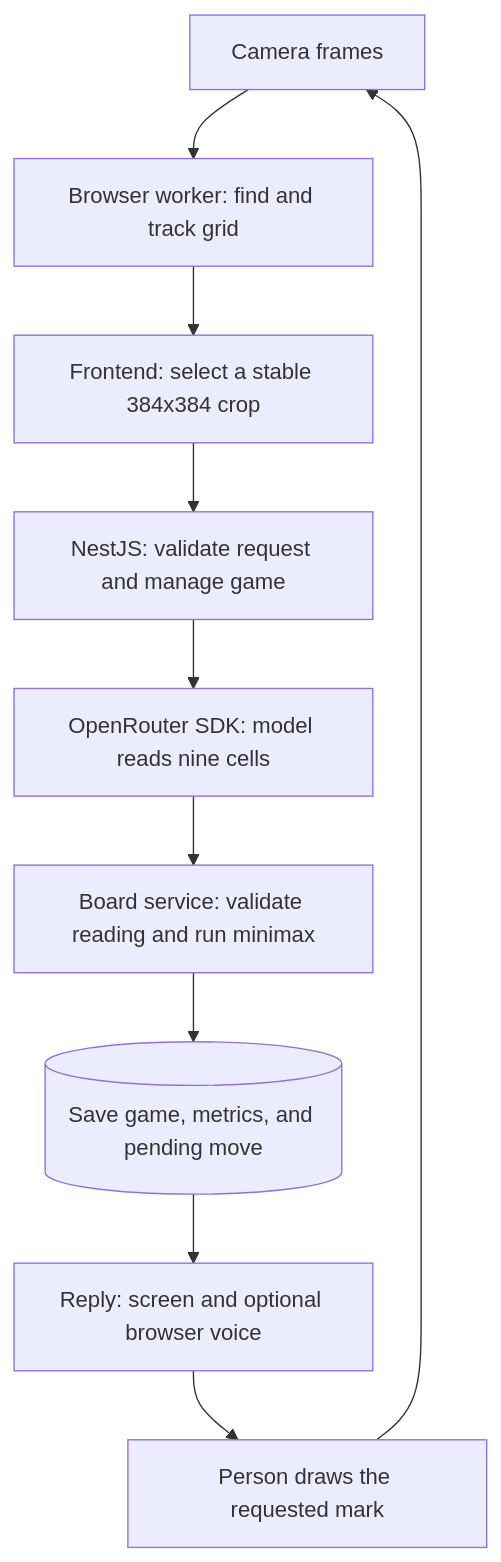
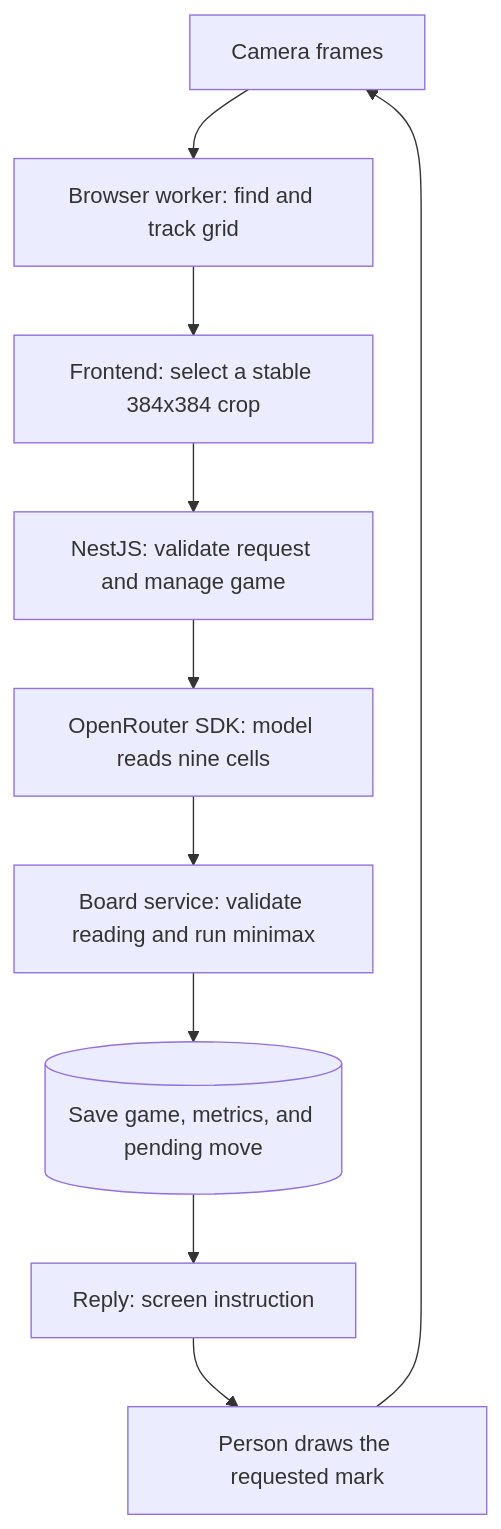
One commit to nitaiaharoni1/vistral-assignment changed the first of 6 diagrams in docs/architecture.md. Above: the diagram before and after it, drawn with Mermaid. The commit also changed other lines of this file and 13 other files, not shown here.

````diff
--- a/docs/architecture.md
+++ b/docs/architecture.md
@@ -13,12 +13,12 @@
 ```mermaid
 flowchart TB
   Camera["Camera frames"] --> Worker["Browser worker: find and track grid"]
   Worker --> Client["Frontend: select a stable 384x384 crop"]
   Client --> API["NestJS: validate request and manage game"]
   API --> Reader["OpenRouter SDK: model reads nine cells"]
   Reader --> Board["Board service: validate reading and run minimax"]
   Board --> Save[("Save game, metrics, and pending move")]
-  Save --> Reply["Reply: screen and optional browser voice"]
+  Save --> Reply["Reply: screen instruction"]
   Reply --> Human["Person draws the requested mark"]
   Human --> Camera
 ```
````
